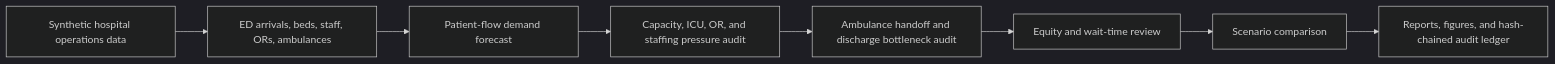
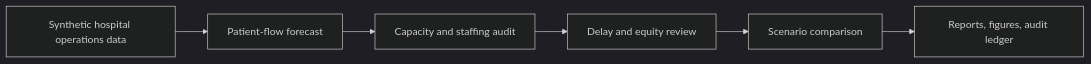
The diagram in README.md (Hirakhyzer/ai-hospital-operations-patient-flow-twin), drawn with Mermaid (dark theme) before and after one commit. The commit also changed other lines of this file, not shown here.

Commit message:
Polish hospital operations patient flow README

````diff
--- a/README.md
+++ b/README.md
@@ -36,10 +63,8 @@
 ```mermaid
 flowchart LR
-  A[Synthetic hospital operations data] --> B[ED arrivals, beds, staff, ORs, ambulances]
-  B --> C[Patient-flow demand forecast]
-  C --> D[Capacity, ICU, OR, and staffing pressure audit]
-  D --> E[Ambulance handoff and discharge bottleneck audit]
-  E --> F[Equity and wait-time review]
-  F --> G[Scenario comparison]
-  G --> H[Reports, figures, and hash-chained audit ledger]
+  A[Synthetic hospital operations data] --> B[Patient-flow forecast]
+  B --> C[Capacity and staffing audit]
+  C --> D[Delay and equity review]
+  D --> E[Scenario comparison]
+  E --> F[Reports, figures, audit ledger]
 ```
````
